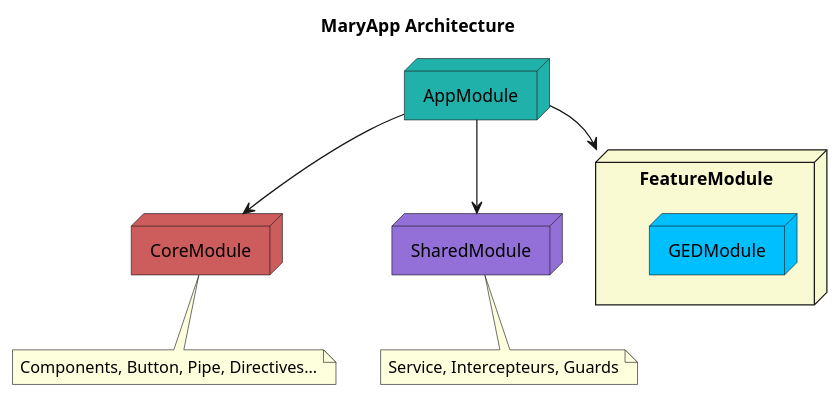
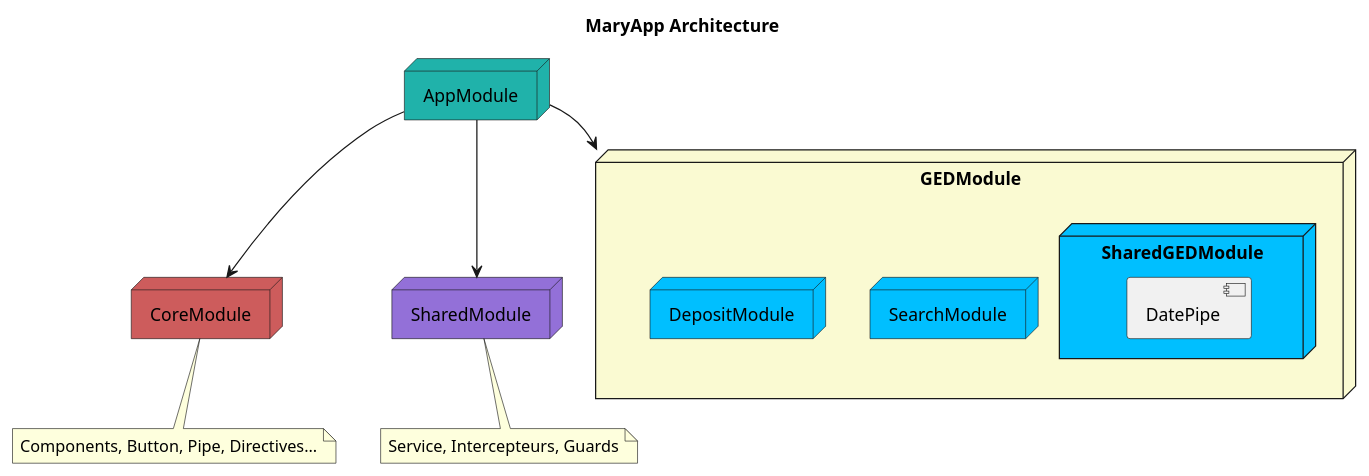
One commit to Thessalene/Mary changed the diagram in src/assets/conception/architecture.plantuml. Above: the diagram before and after it, drawn with PlantUML.

Commit message:
[CP-002] Minor changes

```diff
--- a/src/assets/conception/architecture.plantuml
+++ b/src/assets/conception/architecture.plantuml
@@ -1,22 +1,26 @@
 @startuml
 skinparam NodeBackgroundColor DeepSkyBlue 
 
 title MaryApp Architecture
 
 /' Nodes '/
 node  AppModule #LightSeaGreen
 node CoreModule #IndianRed
 note bottom : Components, Button, Pipe, Directives...
 node SharedModule #MediumPurple
 note bottom : Service, Intercepteurs, Guards
-node FeatureModule #LightGoldenRodYellow { 
-    node GEDModule
+node GEDModule #LightGoldenRodYellow {
+    node SearchModule
+    node DepositModule
+    node SharedGEDModule {
+        [DatePipe]
+    }
 }
 
 /' Relations '/
 AppModule --> CoreModule
 AppModule --> SharedModule
-AppModule --> FeatureModule
+AppModule --> GEDModule
 
 
 @enduml
```
